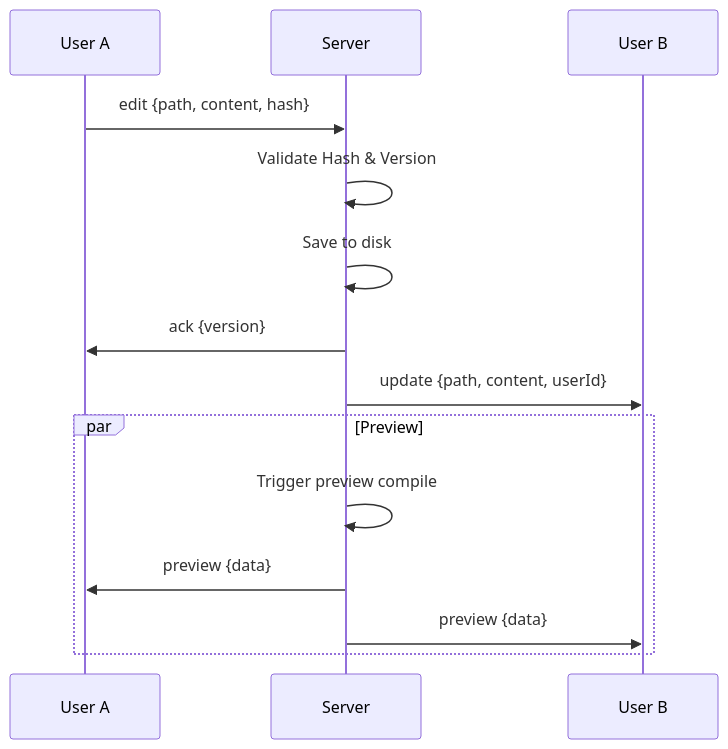
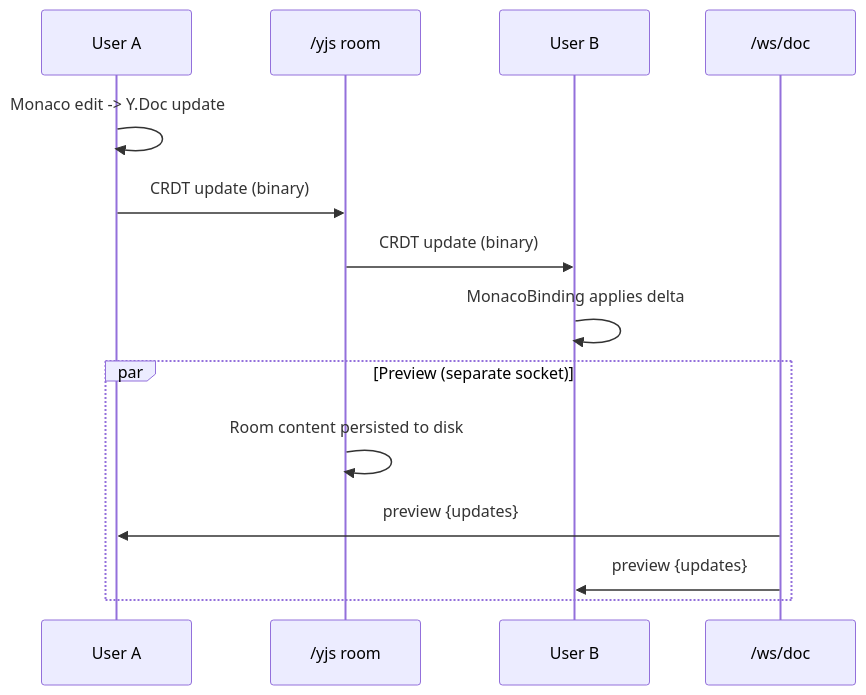
Before and after one commit to sihooleebd/noteworthy: the fourth of 5 diagrams in docs/architecture/gui-stack.md, drawn with Mermaid. The commit also changed other lines of this file and 11 other files, not shown here.

````diff
--- a/docs/architecture/gui-stack.md
+++ b/docs/architecture/gui-stack.md
@@ -291,18 +337,18 @@
 ```mermaid
 sequenceDiagram
     participant User A
-    participant Server
+    participant Yjs as /yjs room
     participant User B
+    participant Doc as /ws/doc
 
-    User A->>Server: edit {path, content, hash}
-    Server->>Server: Validate Hash & Version
-    Server->>Server: Save to disk
-    Server->>User A: ack {version}
-    Server->>User B: update {path, content, userId}
-    
-    par Preview
-        Server->>Server: Trigger preview compile
-        Server->>User A: preview {data}
-        Server->>User B: preview {data}
+    User A->>User A: Monaco edit -> Y.Doc update
+    User A->>Yjs: CRDT update (binary)
+    Yjs->>User B: CRDT update (binary)
+    User B->>User B: MonacoBinding applies delta
+
+    par Preview (separate socket)
+        Yjs->>Yjs: Room content persisted to disk
+        Doc->>User A: preview {updates}
+        Doc->>User B: preview {updates}
     end
 ```
````
